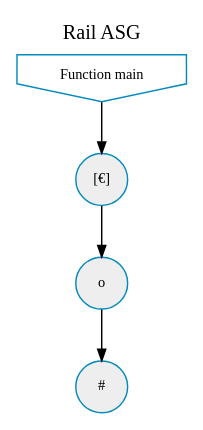
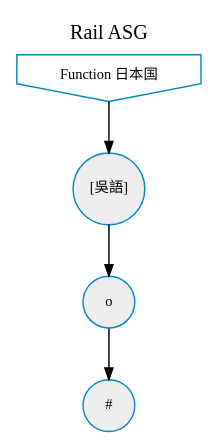
One commit to ccebinger/SWPSoSe14 changed the diagram in projekt-compiler/io/graphviz.dot. Above: the diagram before and after it, drawn with Graphviz. The commit also changed 2 other files, not shown here.

```diff
--- a/projekt-compiler/io/graphviz.dot
+++ b/projekt-compiler/io/graphviz.dot
@@ -1,15 +1,15 @@
 digraph G {
 	node [shape="circle",fontname=Courir,fontsize=10,style=filled,penwidth=1,fillcolor="#EEEEEE",color="#048ABD"]
 	edge [color="#000000", arrowsize="0.8", fontsize=10, decorate=true]
 	labelloc="t";
 	label="Rail ASG";
 	rankdir="TL";
 
-	funcmain [shape="invhouse",fillcolor="none",label="Function main"]
-	funcmain -> 1
-	1 [label="[€]"]
+	func日本国 [shape="invhouse",fillcolor="none",label="Function 日本国"]
+	func日本国 -> 1
+	1 [label="[吳語]"]
 	1 -> 2
 	2 [label="o"]
 	2 -> 3
 	3 [label="#"]
 }
```
